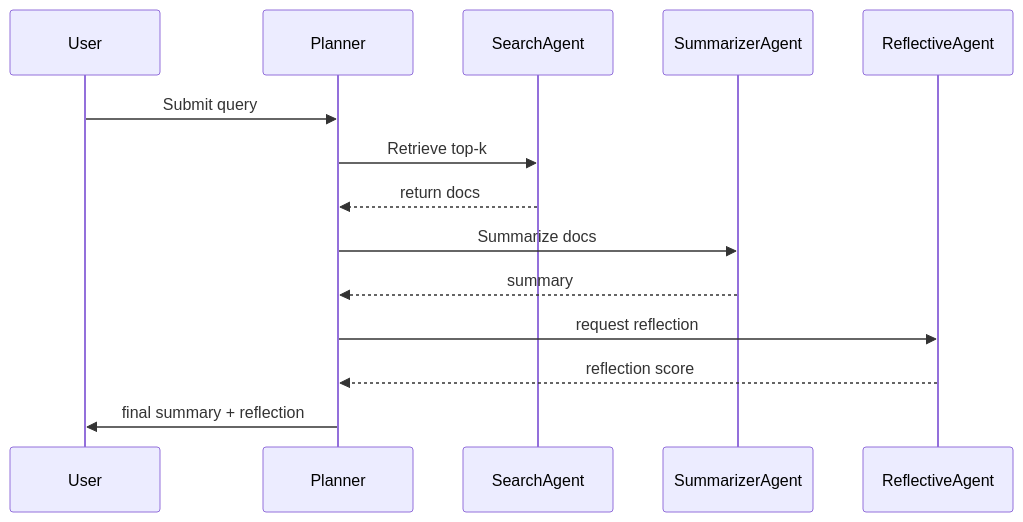
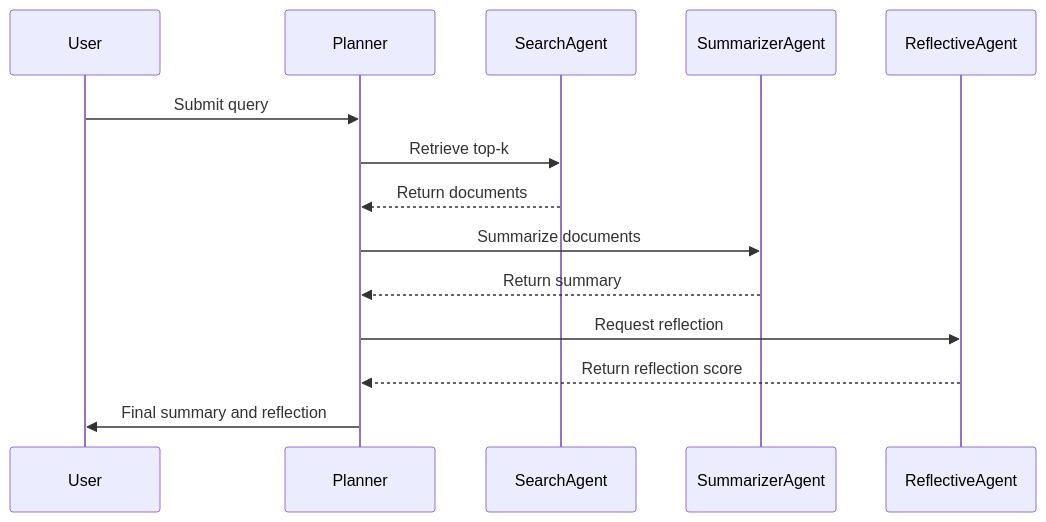
The ninth of 9 diagrams in design/README_design.md (aisamai63/COMP248-AI-MATH-gp), drawn with Mermaid before and after one commit. The commit also changed other lines of this file and 2 other files, not shown here.

Commit message:
Fixed hierarchy/workflow/ER/UML diagram rendering in GitHub preview

````diff
--- a/design/README_design.md
+++ b/design/README_design.md
@@ -275,17 +185,17 @@
 ```mermaid
 sequenceDiagram
   participant U as User
   participant P as Planner
   participant S as SearchAgent
   participant G as SummarizerAgent
   participant R as ReflectiveAgent
 
   U->>P: Submit query
   P->>S: Retrieve top-k
-  S-->>P: return docs
-  P->>G: Summarize docs
-  G-->>P: summary
-  P->>R: request reflection
-  R-->>P: reflection score
-  P->>U: final summary + reflection
+  S-->>P: Return documents
+  P->>G: Summarize documents
+  G-->>P: Return summary
+  P->>R: Request reflection
+  R-->>P: Return reflection score
+  P->>U: Final summary and reflection
 ```
````
